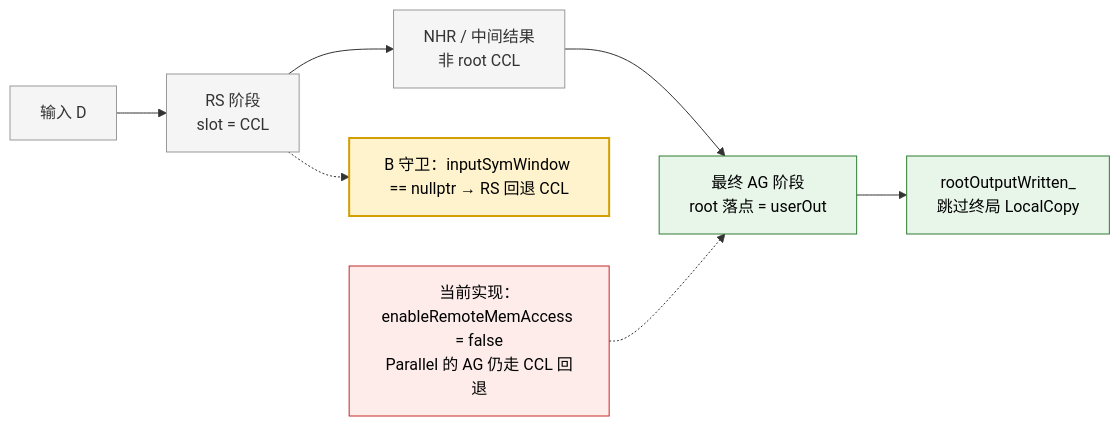
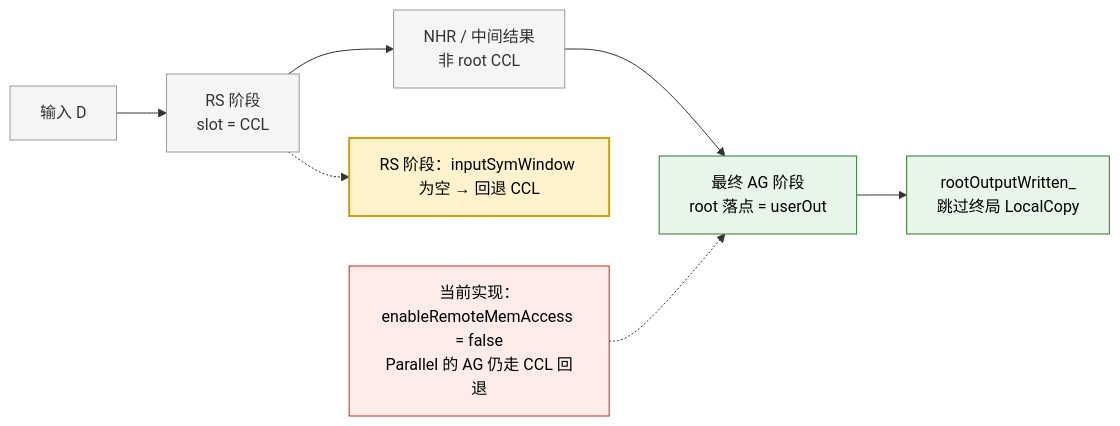
The fifth of 8 diagrams in design/26RP4/支持allgatherV、reduce算子的零拷贝模式/SRS_SD-AllGatherV与Reduce零拷贝.md (cassielee-tech/my-lib), drawn with Mermaid before and after one commit. The commit also changed other lines of this file, not shown here.

Commit message:
docs: 展开 RS 阶段 input 窗口判断说明

````diff
--- a/design/26RP4/支持allgatherV、reduce算子的零拷贝模式/SRS_SD-AllGatherV与Reduce零拷贝.md
+++ b/design/26RP4/支持allgatherV、reduce算子的零拷贝模式/SRS_SD-AllGatherV与Reduce零拷贝.md
@@ -434,17 +434,17 @@
 ```mermaid
 flowchart LR
     A["输入 D"] --> B["RS 阶段<br/>slot = CCL"]
     B --> C["NHR / 中间结果<br/>非 root CCL"]
     C --> D["最终 AG 阶段<br/>root 落点 = userOut"]
     D --> E["rootOutputWritten_<br/>跳过终局 LocalCopy"]
-    B -.-> G["B 守卫：inputSymWindow == nullptr → RS 回退 CCL"]
+    B -.-> G["RS 阶段：inputSymWindow 为空 → 回退 CCL"]
     F["当前实现：enableRemoteMemAccess = false<br/>Parallel 的 AG 仍走 CCL 回退"] -.-> D
     classDef existing fill:#f5f5f5,stroke:#999,color:#333;
     classDef changed fill:#fff3cd,stroke:#d39e00,stroke-width:2px,color:#000;
     classDef direct fill:#e8f5e9,stroke:#2e7d32,color:#000;
     classDef fallback fill:#fdecea,stroke:#c62828,color:#000;
     class A,B,C existing;
     class G changed;
     class D,E direct;
     class F fallback;
 ```
````
